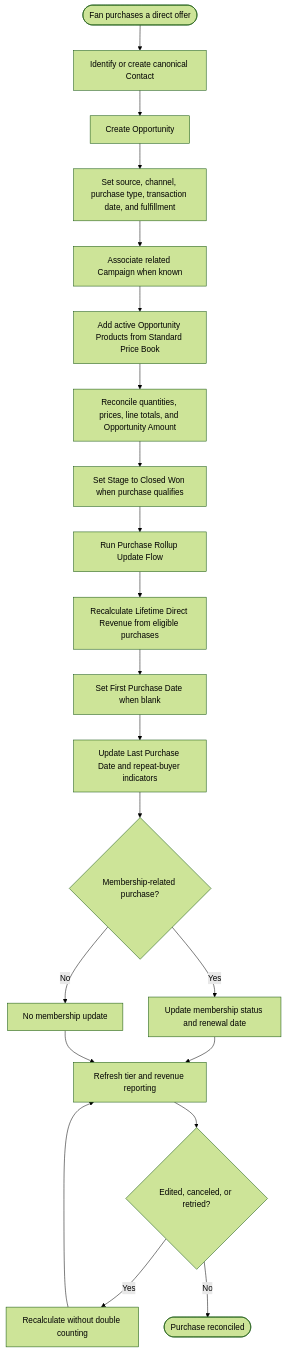
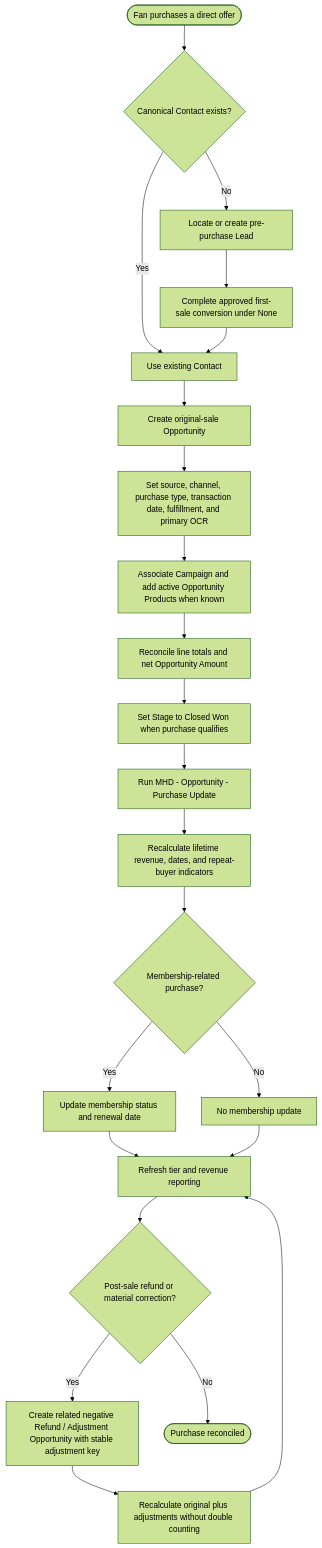
One commit to crsauer91/milehighdreamin changed the diagram in 02-discovery/03-business-process-maps/05-direct-offer-purchase.md. Above: the diagram before and after it, drawn with Mermaid (forest theme). The commit also changed other lines of this file, not shown here.

````diff
--- a/02-discovery/03-business-process-maps/05-direct-offer-purchase.md
+++ b/02-discovery/03-business-process-maps/05-direct-offer-purchase.md
@@ -3,23 +3,25 @@
 ```mermaid
 flowchart TD
-    A([Fan purchases a direct offer]) --> B[Identify or create canonical Contact]
-    B --> C[Create Opportunity]
-    C --> D[Set source, channel, purchase type, transaction date, and fulfillment]
-    D --> E[Associate related Campaign when known]
-    E --> F[Add active Opportunity Products from Standard Price Book]
-    F --> G[Reconcile quantities, prices, line totals, and Opportunity Amount]
-    G --> H[Set Stage to Closed Won when purchase qualifies]
-    H --> I[Run Purchase Rollup Update Flow]
-    I --> J[Recalculate Lifetime Direct Revenue from eligible purchases]
-    J --> K[Set First Purchase Date when blank]
-    K --> L[Update Last Purchase Date and repeat-buyer indicators]
+    A([Fan purchases a direct offer]) --> B{Canonical Contact exists?}
+    B -- Yes --> C[Use existing Contact]
+    B -- No --> D[Locate or create pre-purchase Lead]
+    D --> E[Complete approved first-sale conversion under None]
+    E --> C
+    C --> F[Create original-sale Opportunity]
+    F --> G[Set source, channel, purchase type, transaction date, fulfillment, and primary OCR]
+    G --> H[Associate Campaign and add active Opportunity Products when known]
+    H --> I[Reconcile line totals and net Opportunity Amount]
+    I --> J[Set Stage to Closed Won when purchase qualifies]
+    J --> K[Run MHD - Opportunity - Purchase Update]
+    K --> L[Recalculate lifetime revenue, dates, and repeat-buyer indicators]
     L --> M{Membership-related purchase?}
     M -- Yes --> N[Update membership status and renewal date]
     M -- No --> O[No membership update]
     N --> P[Refresh tier and revenue reporting]
     O --> P
-    P --> Q{Edited, canceled, or retried?}
-    Q -- Yes --> R[Recalculate without double counting]
-    R --> P
+    P --> Q{Post-sale refund or material correction?}
+    Q -- Yes --> R[Create related negative Refund / Adjustment Opportunity with stable adjustment key]
+    R --> T[Recalculate original plus adjustments without double counting]
+    T --> P
     Q -- No --> S([Purchase reconciled])
 ```
````
